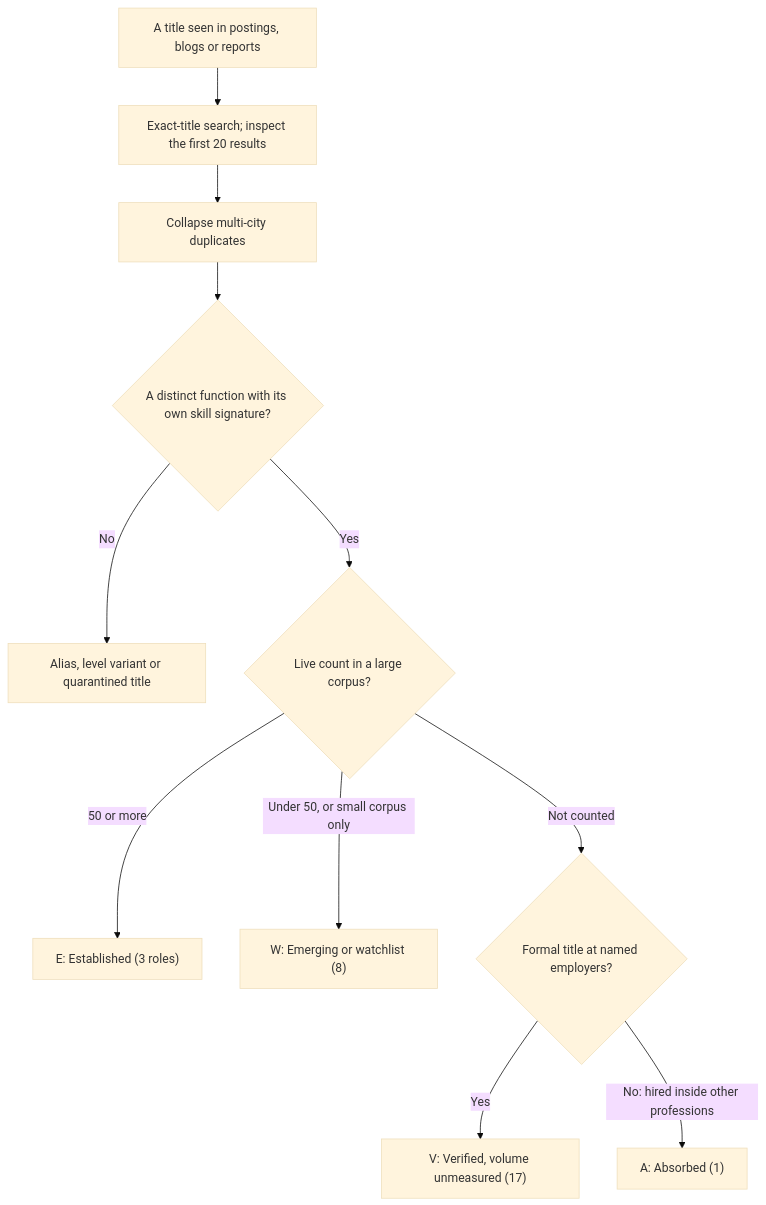
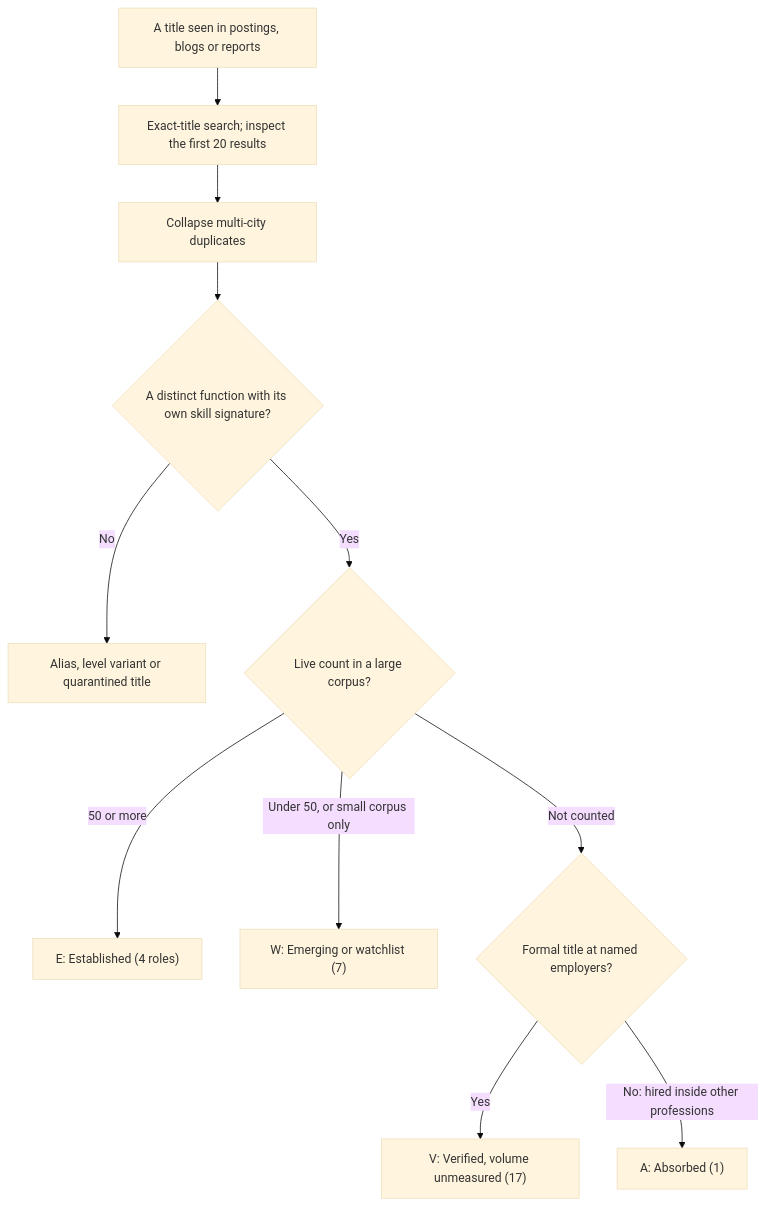
The diagram in career/01-landscape/market-overview.md (bhaskarjha-dev/genai-career), drawn with Mermaid (base theme) before and after one commit. The commit also changed other lines of this file and 11 other files, not shown here.

````diff
--- a/career/01-landscape/market-overview.md
+++ b/career/01-landscape/market-overview.md
@@ -57,13 +58,13 @@
 ```mermaid
 flowchart TD
     A["A title seen in postings, blogs or reports"] --> B["Exact-title search; inspect the first 20 results"]
     B --> C["Collapse multi-city duplicates"]
     C --> D{"A distinct function with its own skill signature?"}
     D -->|"No"| Q["Alias, level variant or quarantined title"]
     D -->|"Yes"| E{"Live count in a large corpus?"}
-    E -->|"50 or more"| EST["E: Established (3 roles)"]
-    E -->|"Under 50, or small corpus only"| W["W: Emerging or watchlist (8)"]
+    E -->|"50 or more"| EST["E: Established (4 roles)"]
+    E -->|"Under 50, or small corpus only"| W["W: Emerging or watchlist (7)"]
     E -->|"Not counted"| F{"Formal title at named employers?"}
     F -->|"Yes"| V["V: Verified, volume unmeasured (17)"]
     F -->|"No: hired inside other professions"| AB["A: Absorbed (1)"]
 ```
````
